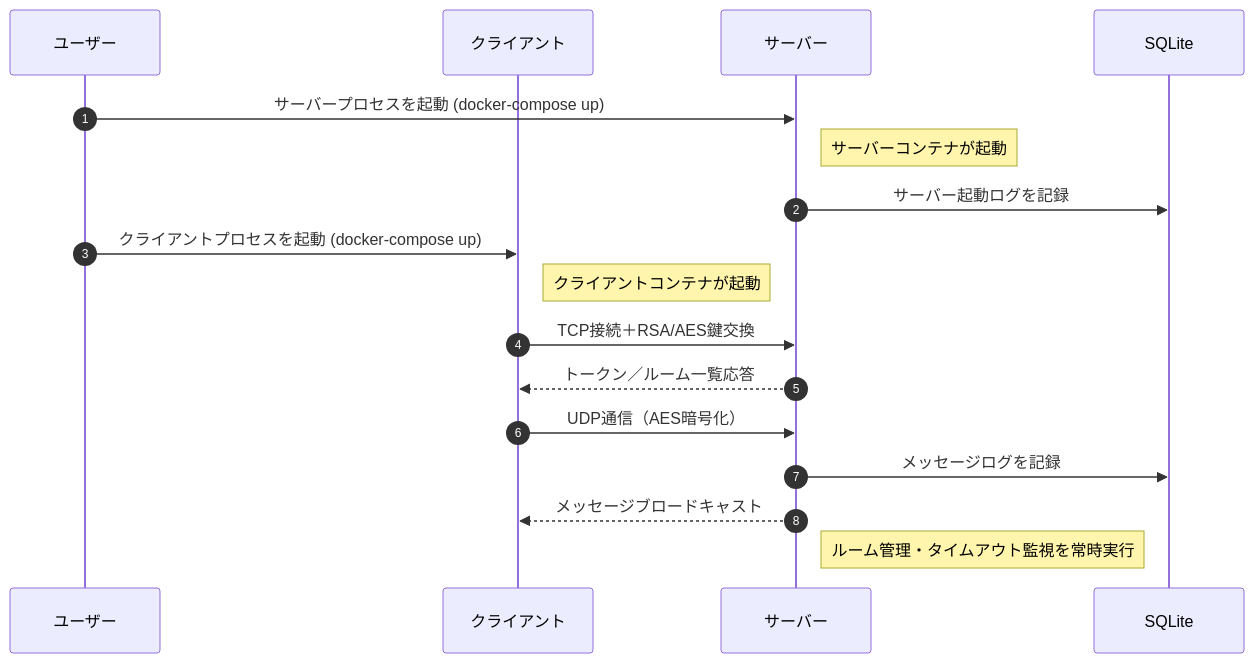
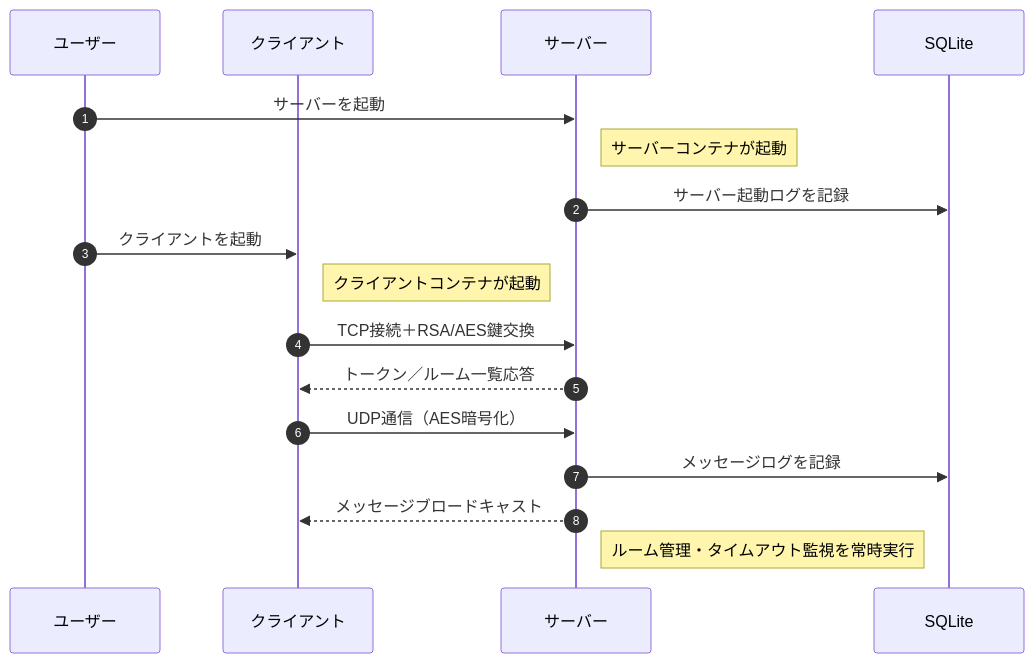
The second of 3 diagrams in README.md (BackendExplorer/Online-Chat-Service), drawn with Mermaid before and after one commit.

````diff
--- a/README.md
+++ b/README.md
@@ -234,28 +234,28 @@
 ```mermaid
 sequenceDiagram
     autonumber
 
     participant ユーザー
     participant クライアント
     participant サーバー
     participant SQLite
 
     %% 起動フロー
-    ユーザー ->> サーバー: サーバープロセスを起動 (docker-compose up)
+    ユーザー ->> サーバー: サーバーを起動 
     note right of サーバー: サーバーコンテナが起動
     サーバー ->> SQLite: サーバー起動ログを記録
     
-    ユーザー ->> クライアント: クライアントプロセスを起動 (docker-compose up)
+    ユーザー ->> クライアント: クライアントを起動 
     note right of クライアント: クライアントコンテナが起動
 
     %% メッセージ交換
     クライアント ->> サーバー: TCP接続＋RSA/AES鍵交換
     サーバー -->> クライアント: トークン／ルーム一覧応答
     
     クライアント ->> サーバー: UDP通信（AES暗号化）
     サーバー ->> SQLite: メッセージログを記録
     サーバー -->> クライアント: メッセージブロードキャスト
 
     %% サーバー内部の継続処理
     note right of サーバー: ルーム管理・タイムアウト監視を常時実行
 ```
````
